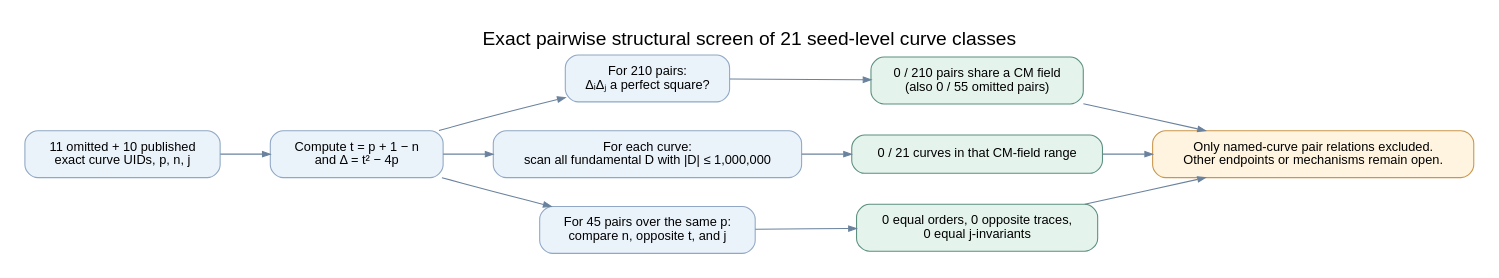
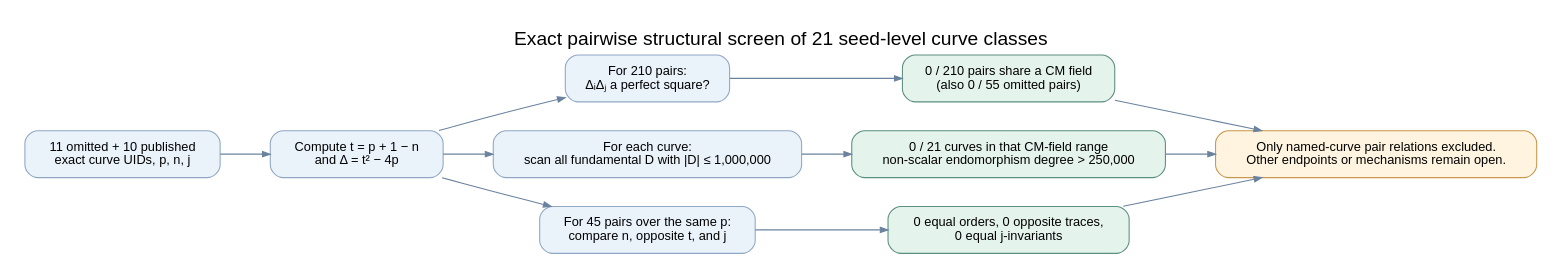
The diagram in research/nist_seed_commonality_20261023/cm_pair_screen/inference.dot (aburan28/crypto-autoresearcher), drawn with Graphviz before and after one commit. The commit also changed 9 other files, not shown here.

Commit message:
Derive low-degree CM endomorphism exclusion

```diff
--- a/research/nist_seed_commonality_20261023/cm_pair_screen/inference.dot
+++ b/research/nist_seed_commonality_20261023/cm_pair_screen/inference.dot
@@ -1,26 +1,26 @@
 digraph cm_pair_screen {
   graph [rankdir=LR, bgcolor="white", pad="0.22", nodesep="0.38", ranksep="0.65", fontname="Helvetica", label="Exact pairwise structural screen of 21 seed-level curve classes", labelloc=t, fontsize=18];
   node [shape=box, style="rounded,filled", color="#90a8c4", fillcolor="#f2f7fc", fontname="Helvetica", fontsize=12, margin="0.16,0.12"];
   edge [color="#6a829d", arrowsize=0.72, fontname="Helvetica", fontsize=10];
 
   input [label="11 omitted + 10 published\nexact curve UIDs, p, n, j", fillcolor="#eaf2fa"];
   delta [label="Compute t = p + 1 − n\nand Δ = t² − 4p", fillcolor="#eaf2fa"];
   cm [label="For 210 pairs:\nΔᵢΔⱼ a perfect square?", fillcolor="#eaf2fa"];
   cm_result [label="0 / 210 pairs share a CM field\n(also 0 / 55 omitted pairs)", color="#5b8f7e", fillcolor="#e5f3ed"];
   small_cm [label="For each curve:\nscan all fundamental D with |D| ≤ 1,000,000", fillcolor="#eaf2fa"];
-  small_cm_result [label="0 / 21 curves in that CM-field range", color="#5b8f7e", fillcolor="#e5f3ed"];
+  small_cm_result [label="0 / 21 curves in that CM-field range\nnon-scalar endomorphism degree > 250,000", color="#5b8f7e", fillcolor="#e5f3ed"];
   same_p [label="For 45 pairs over the same p:\ncompare n, opposite t, and j", fillcolor="#eaf2fa"];
   same_p_result [label="0 equal orders, 0 opposite traces,\n0 equal j-invariants", color="#5b8f7e", fillcolor="#e5f3ed"];
   limit [label="Only named-curve pair relations excluded.\nOther endpoints or mechanisms remain open.", color="#c9974d", fillcolor="#fff4df"];
 
   input -> delta;
   delta -> cm;
   delta -> small_cm;
   delta -> same_p;
   cm -> cm_result;
   small_cm -> small_cm_result;
   same_p -> same_p_result;
   cm_result -> limit;
   small_cm_result -> limit;
   same_p_result -> limit;
 }
```
